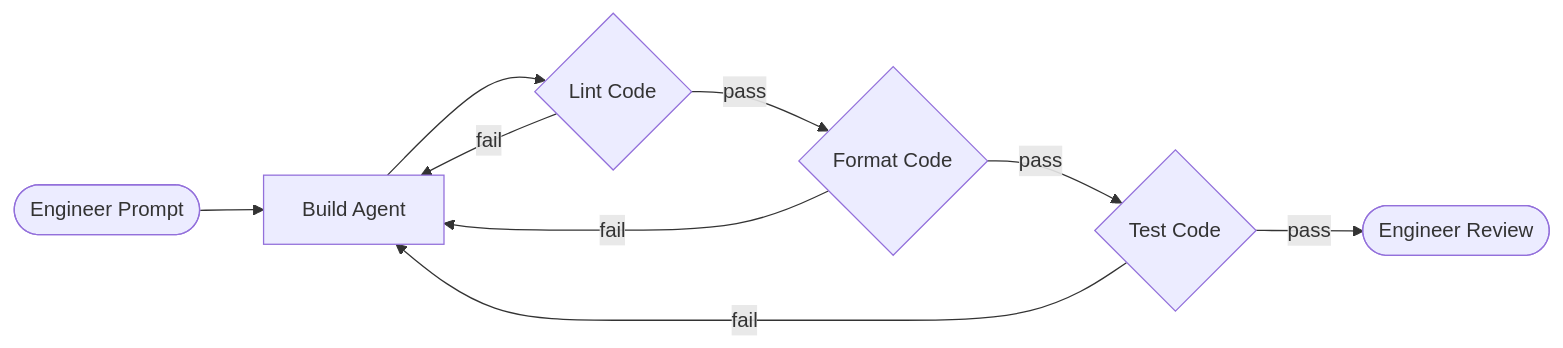
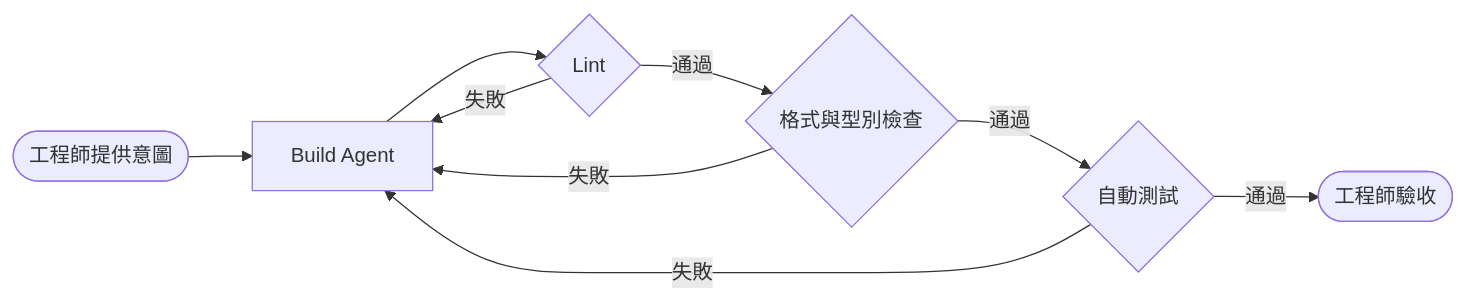
Before and after one commit to shaun-agent/agentic-coding-development-toolkit: the fourth of 11 diagrams in README.md, drawn with Mermaid. The commit also changed other lines of this file and 1 other file, not shown here.

````diff
--- a/README.md
+++ b/README.md
@@ -146,17 +72,17 @@
 ```mermaid
 flowchart LR
-    s05_prompt_human(["Engineer Prompt"])
-    s05_build_agent["Build Agent"]
-    s05_lint_code{"Lint Code"}
-    s05_format_code{"Format Code"}
-    s05_test_code{"Test Code"}
-    s05_review_human(["Engineer Review"])
+    intent(["工程師提供意圖"])
+    build["Build Agent"]
+    lint{"Lint"}
+    format{"格式與型別檢查"}
+    test{"自動測試"}
+    review(["工程師驗收"])
 
-    s05_prompt_human --> s05_build_agent --> s05_lint_code
-    s05_lint_code -->|fail| s05_build_agent
-    s05_lint_code -->|pass| s05_format_code
-    s05_format_code -->|fail| s05_build_agent
-    s05_format_code -->|pass| s05_test_code
-    s05_test_code -->|fail| s05_build_agent
-    s05_test_code -->|pass| s05_review_human
+    intent --> build --> lint
+    lint -->|失敗| build
+    lint -->|通過| format
+    format -->|失敗| build
+    format -->|通過| test
+    test -->|失敗| build
+    test -->|通過| review
 ```
````
